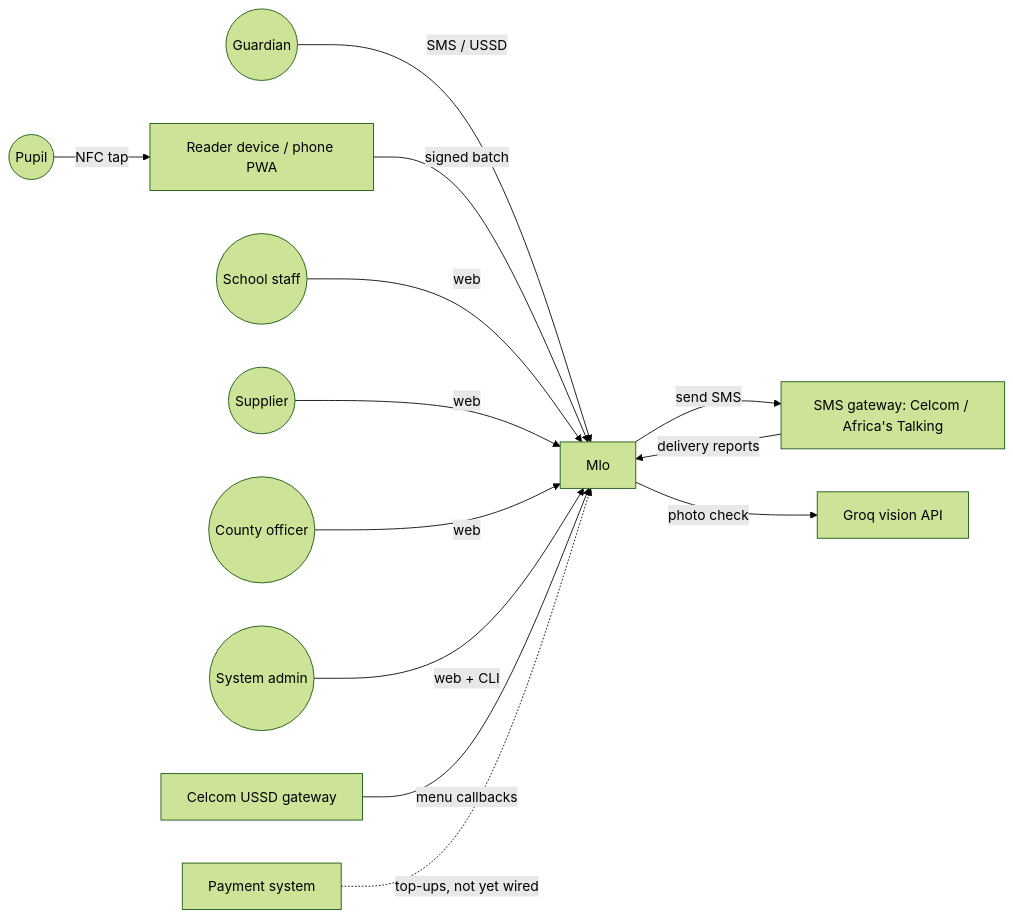
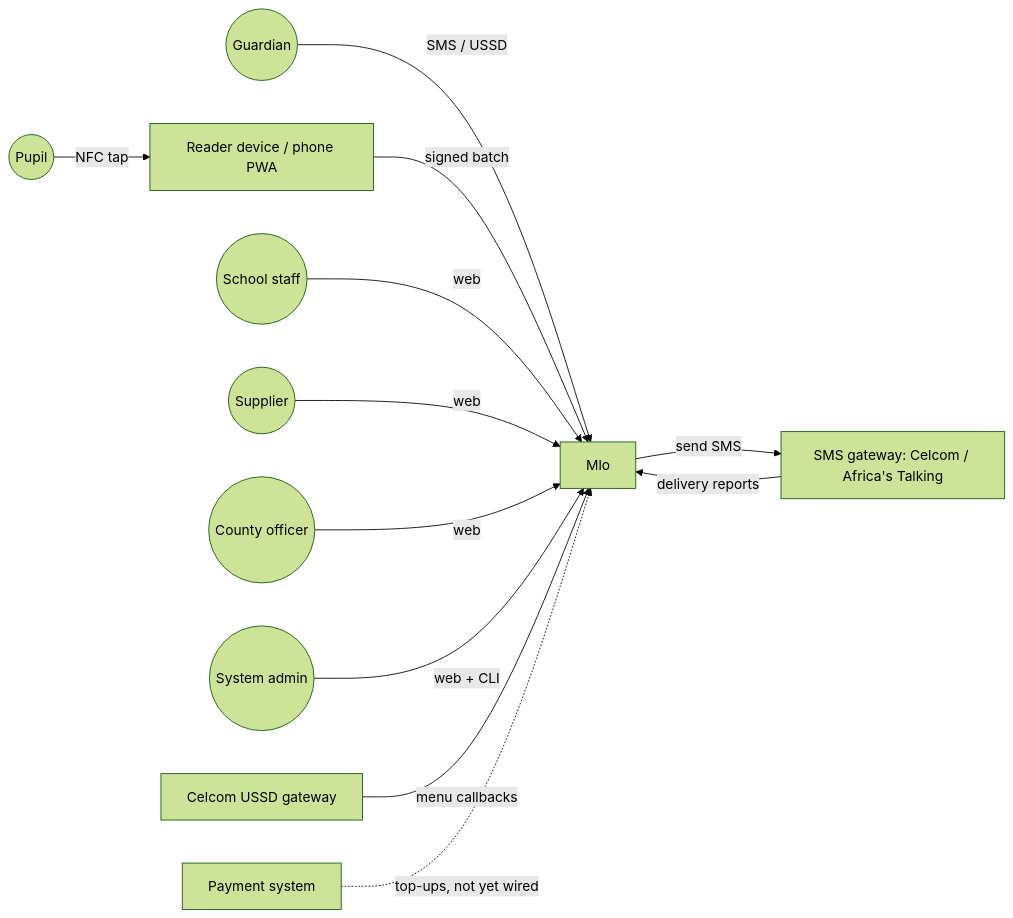
One commit to shady-mungai/DISHI-PROJECT changed the first of 15 diagrams in docs/SYSTEM_OVERVIEW.md. Above: the diagram before and after it, drawn with Mermaid (forest theme). The commit also changed other lines of this file and 16 other files, not shown here.

First line of the commit message:
Remove Groq photo assessment; make receipt code the primary delivery confirmation

````diff
--- a/docs/SYSTEM_OVERVIEW.md
+++ b/docs/SYSTEM_OVERVIEW.md
@@ -41,15 +41,14 @@
 ```mermaid
 flowchart LR
   Guardian((Guardian)) -- SMS / USSD --> Mlo
   Pupil((Pupil)) -- NFC tap --> Reader[Reader device / phone PWA]
   Reader -- signed batch --> Mlo
   School((School staff)) -- web --> Mlo
   Supplier((Supplier)) -- web --> Mlo
   County((County officer)) -- web --> Mlo
   Admin((System admin)) -- web + CLI --> Mlo
   Mlo -- send SMS --> SMSGW[SMS gateway: Celcom / Africa's Talking]
   SMSGW -- delivery reports --> Mlo
   USSDGW[Celcom USSD gateway] -- menu callbacks --> Mlo
-  Mlo -- photo check --> Groq[Groq vision API]
   Payer[Payment system] -. top-ups, not yet wired .-> Mlo
 ```
````
